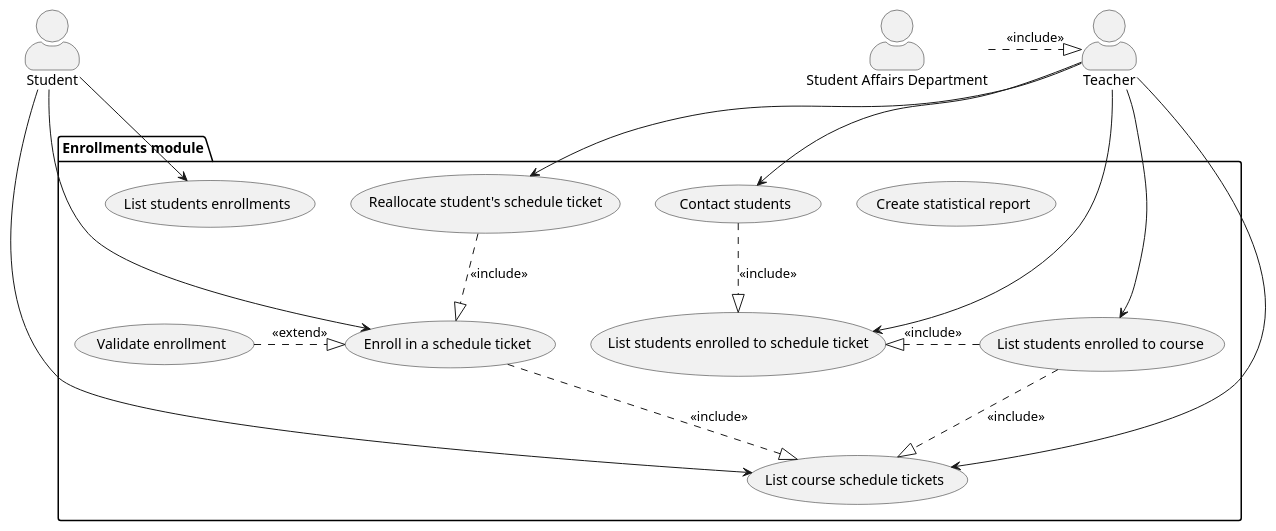
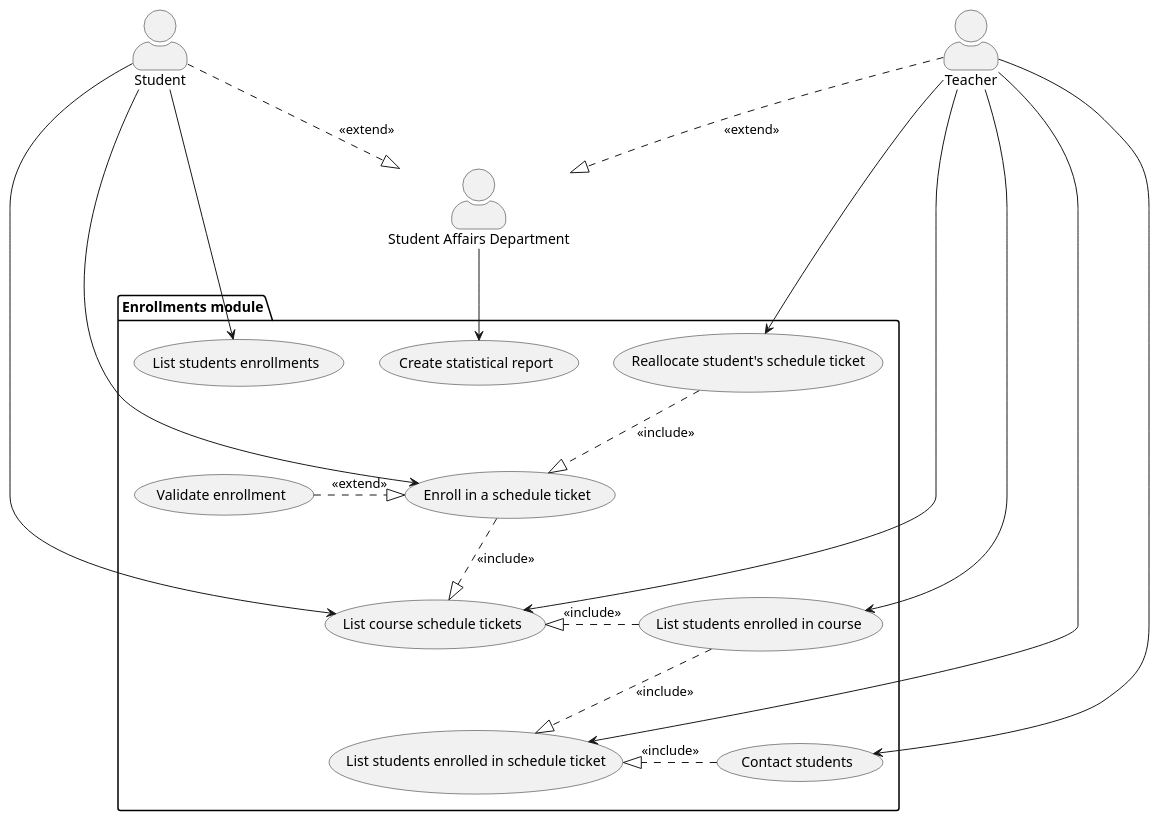
Before and after one commit to viktor-bujko/nswi041_enrollments_module: the diagram in seminar-work-template.md, drawn with PlantUML. The commit also changed other lines of this file, not shown here.

Commit message:
Updated use-case diagram layout; Added actors description; Added usecases description;

````diff
--- a/seminar-work-template.md
+++ b/seminar-work-template.md
@@ -43,44 +41,46 @@
 ```plantuml
 @startuml
 
 skinparam actorStyle awesome
 skinparam monochrome true
 
 actor Student as s
 actor Teacher as t
 actor "Student Affairs Department" as sd
 
 package "Enrollments module" {
   usecase "Create statistical report" as statReport
   usecase "Enroll in a schedule ticket" as enroll
   usecase "List students enrollments" as listEnrollments
   usecase "List course schedule tickets" as listTickets
-  usecase "List students enrolled to course" as listCourseEnrolled
+  usecase "List students enrolled in course" as listCourseEnrolled
   usecase "Reallocate student's schedule ticket" as reallocateTicket
-  usecase "List students enrolled to schedule ticket" as listTicketEnrolled
+  usecase "List students enrolled in schedule ticket" as listTicketEnrolled
   usecase "Contact students" as contact
   usecase "Validate enrollment" as validate
 }
 
+reallocateTicket ..|> enroll: <<include>>
+enroll ..|> listTickets: <<include>>
+listCourseEnrolled  .|> listTickets: <<include>>
+contact .|> listTicketEnrolled: <<include>>
 validate .|> enroll: << extend >>
-enroll ..|> listTickets: <<include>>
-reallocateTicket ..|> enroll: <<include>>
-listCourseEnrolled  ..|> listTickets: <<include>>
-contact ..|> listTicketEnrolled: <<include>>
-listCourseEnrolled .|> listTicketEnrolled: <<include>>
+listCourseEnrolled ..|> listTicketEnrolled: <<include>>
 
-sd .|> t: <<include>>
+t ..|> sd: <<extend>>
+s ..|> sd: <<extend>>
 
-s --> enroll
-s --> listEnrollments
-s --> listTickets
+s -> enroll
+s -> listEnrollments
+s -> listTickets
 
+t -> listTickets
+t -> listCourseEnrolled
+t -> reallocateTicket
+t -> contact
+t -> listTicketEnrolled
 
-t --> reallocateTicket
-t --> contact
-t --> listCourseEnrolled
-t --> listTicketEnrolled
-t --> listTickets
+sd --> statReport
 
 @enduml
 ```
````
